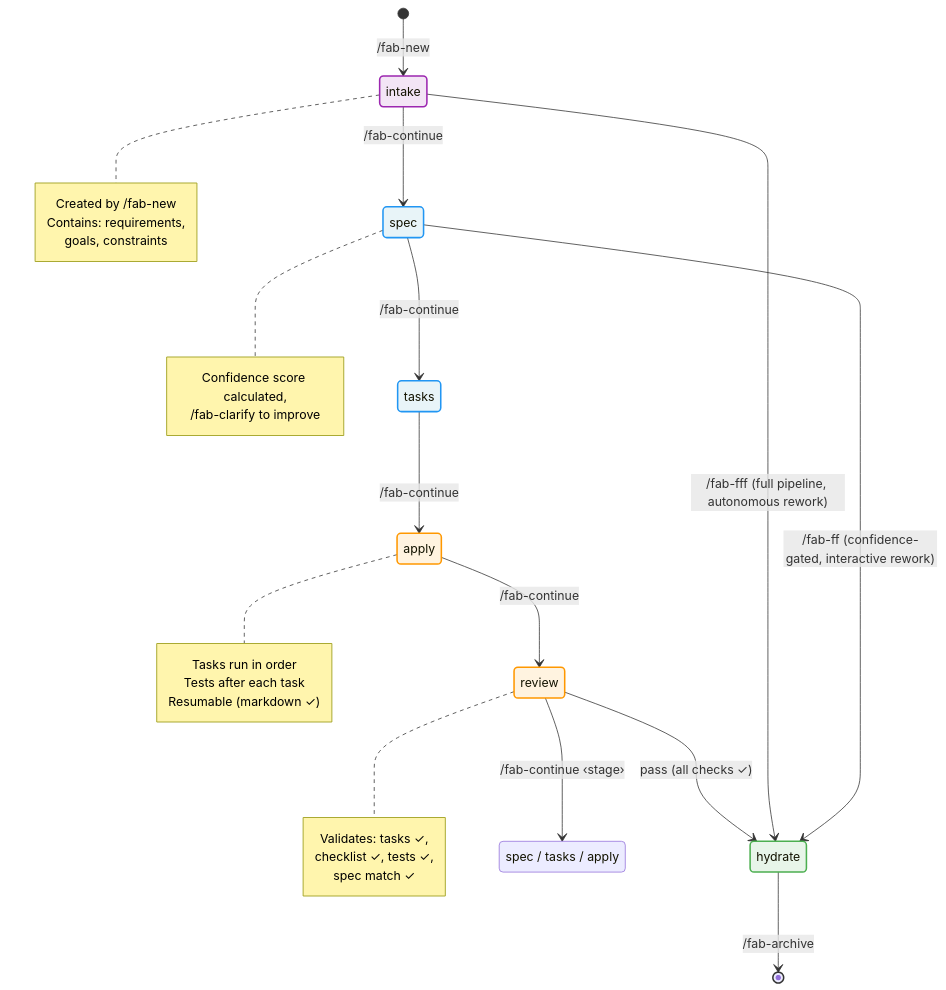
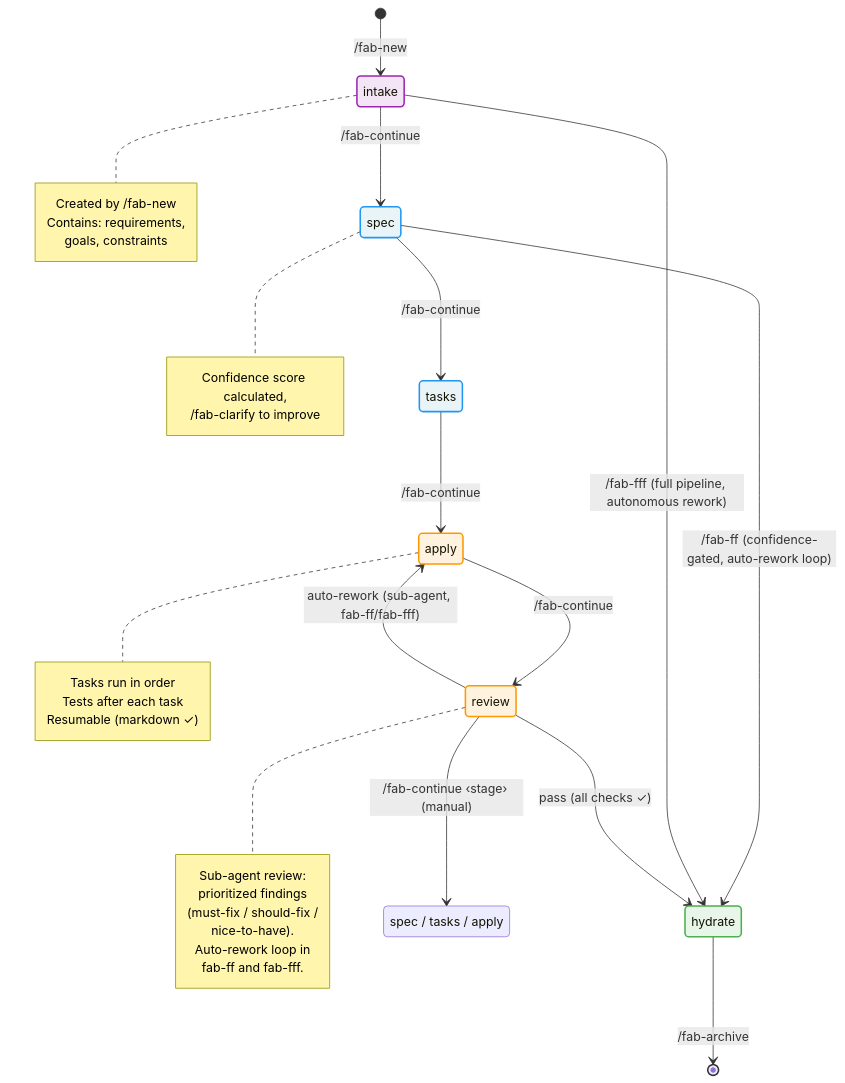
One commit to sahil87/fab-kit changed the fifth of 5 diagrams in docs/specs/user-flow.md. Above: the diagram before and after it, drawn with Mermaid. The commit also changed other lines of this file and 13 other files, not shown here.

First line of the commit message:
Dispatch review to sub-agent with prioritized findings and auto-rework loop

````diff
--- a/docs/specs/user-flow.md
+++ b/docs/specs/user-flow.md
@@ -188,57 +194,61 @@
 ```mermaid
 stateDiagram-v2
     direction TB
 
     [*] --> intake: /fab-new
 
     intake --> spec: /fab-continue
 
     spec --> tasks: /fab-continue
-    spec --> hydrate: /fab-ff (confidence-gated, interactive rework)
+    spec --> hydrate: /fab-ff (confidence-gated, auto-rework loop)
     intake --> hydrate: /fab-fff (full pipeline, autonomous rework)
 
     tasks --> apply: /fab-continue
 
     apply --> review: /fab-continue
 
     review --> hydrate: pass (all checks ✓)
-    review --> earlier_stage: /fab-continue ‹stage›
+    review --> apply: auto-rework (sub-agent, fab-ff/fab-fff)
+    review --> earlier_stage: /fab-continue ‹stage› (manual)
 
     state "spec / tasks / apply" as earlier_stage
 
     hydrate --> [*]: /fab-archive
 
     note right of intake
         Created by /fab-new
         Contains: requirements,
         goals, constraints
     end note
 
     note right of spec
         Confidence score calculated,
         /fab-clarify to improve
     end note
 
     note right of apply
         Tasks run in order
         Tests after each task
         Resumable (markdown ✓)
     end note
 
     note right of review
-        Validates: tasks ✓,
-        checklist ✓, tests ✓,
-        spec match ✓
+        Sub-agent review:
+        prioritized findings
+        (must-fix / should-fix /
+        nice-to-have).
+        Auto-rework loop in
+        fab-ff and fab-fff.
     end note
 
     %% Styles
     classDef planning fill:#e8f4f8,stroke:#2196F3,stroke-width:2px
     classDef execution fill:#fff3e0,stroke:#FF9800,stroke-width:2px
     classDef completion fill:#e8f5e9,stroke:#4CAF50,stroke-width:2px
     classDef input fill:#f3e5f5,stroke:#9C27B0,stroke-width:2px
 
     class intake input
     class spec,tasks planning
     class apply,review execution
     class hydrate completion
 ```
````
